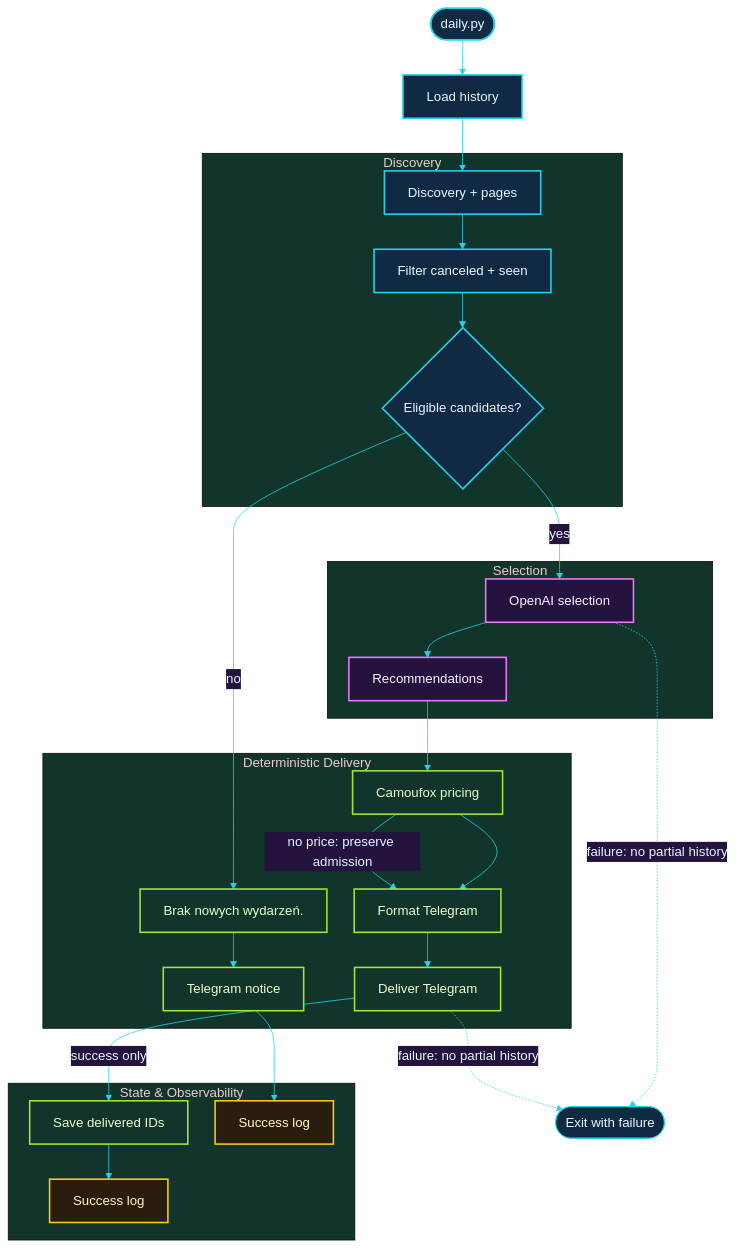
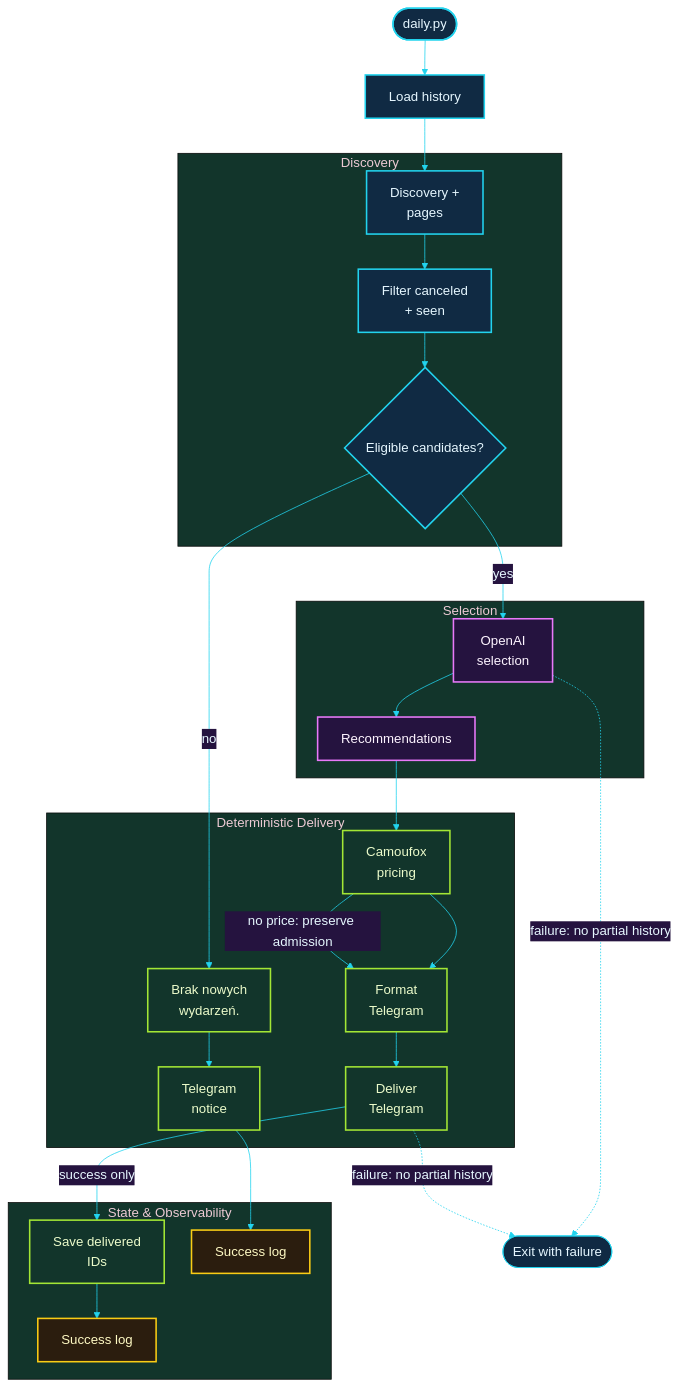
The second of 3 diagrams in docs/architecture.md (michalmarczuk/event-agent), drawn with Mermaid before and after one commit. The commit also changed other lines of this file and 3 other files, not shown here.

Commit message:
Improve Mermaid readability and simplify README flow

````diff
--- a/docs/architecture.md
+++ b/docs/architecture.md
@@ -90,45 +90,45 @@
 ```mermaid
 %%{init: {'theme': 'base', 'themeVariables': {'background': '#07111f', 'primaryColor': '#102a43', 'primaryTextColor': '#e6f7ff', 'primaryBorderColor': '#22d3ee', 'secondaryColor': '#25133f', 'tertiaryColor': '#12352b', 'lineColor': '#22d3ee', 'fontFamily': 'ui-sans-serif, system-ui', 'fontSize': '17px'}, 'flowchart': {'nodeSpacing': 35, 'rankSpacing': 45}}}%%
 flowchart TB
     start(["daily.py"]) --> load["Load history"]
 
     subgraph discovery["Discovery"]
-        search["Discovery + pages"] --> filter["Filter canceled + seen"]
+        search["Discovery +<br/>pages"] --> filter["Filter canceled<br/>+ seen"]
         filter --> eligible{"Eligible candidates?"}
     end
 
     subgraph selection["Selection"]
-        agent["OpenAI selection"] --> recommendations["Recommendations"]
+        agent["OpenAI<br/>selection"] --> recommendations["Recommendations"]
     end
 
     subgraph delivery["Deterministic Delivery"]
-        enrich["Camoufox pricing"] --> format["Format Telegram"] --> send["Deliver Telegram"]
-        no_events["Brak nowych wydarzeń."] --> no_events_send["Telegram notice"]
+        enrich["Camoufox<br/>pricing"] --> format["Format<br/>Telegram"] --> send["Deliver<br/>Telegram"]
+        no_events["Brak nowych<br/>wydarzeń."] --> no_events_send["Telegram<br/>notice"]
     end
 
     subgraph state["State & Observability"]
-        persist["Save delivered IDs"]
+        persist["Save delivered<br/>IDs"]
         success["Success log"]
         no_events_success["Success log"]
     end
 
     load --> search
     eligible -->|"yes"| agent
     eligible -->|"no"| no_events
     recommendations --> enrich
     enrich -->|"no price: preserve admission"| format
     send -->|"success only"| persist --> success
     no_events_send --> no_events_success
 
     agent -. "failure: no partial history" .-> stop(["Exit with failure"])
     send -. "failure: no partial history" .-> stop
 
     classDef external fill:#102a43,stroke:#22d3ee,color:#e6f7ff,stroke-width:2px;
     classDef ai fill:#25133f,stroke:#e879f9,color:#fdf4ff,stroke-width:2px;
     classDef deterministic fill:#12352b,stroke:#a3e635,color:#ecfccb,stroke-width:2px;
     classDef observability fill:#2b1d0e,stroke:#facc15,color:#fef9c3,stroke-width:2px;
     class start,load,search,filter,eligible external;
     class agent,recommendations ai;
     class enrich,format,send,no_events,no_events_send,persist deterministic;
     class success,no_events_success observability;
 ```
````
